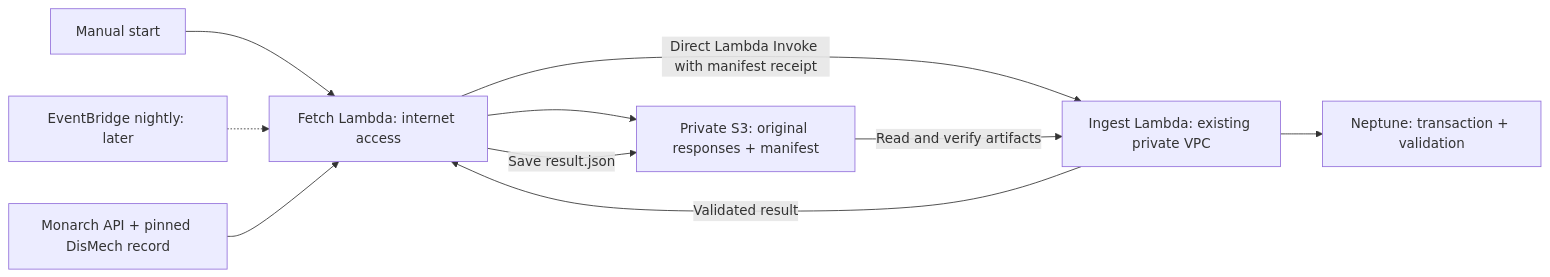
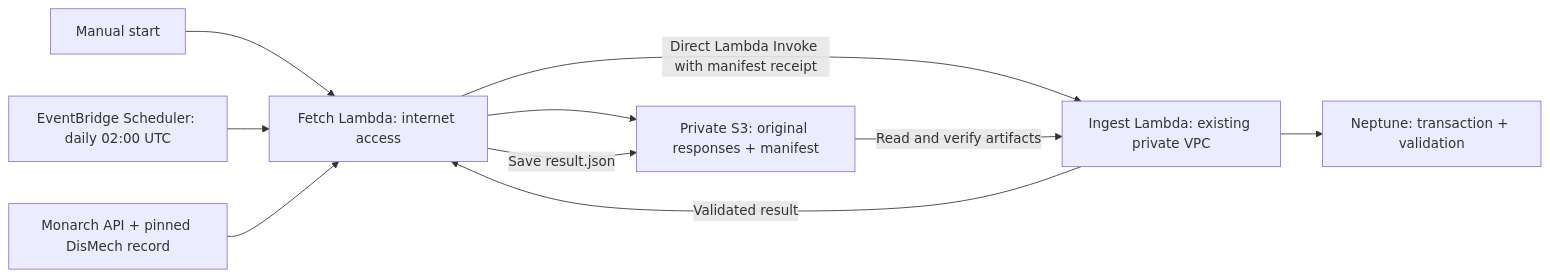
Before and after one commit to lhnminh/MMRF-KnowledgeGraph: the diagram in docs/source-pipeline.md, drawn with Mermaid. The commit also changed other lines of this file and 4 other files, not shown here.

Commit message:
add pipeline fron source to the graph

````diff
--- a/docs/source-pipeline.md
+++ b/docs/source-pipeline.md
@@ -7,12 +7,12 @@
 ```mermaid
 flowchart LR
     Manual[Manual start] --> Fetch[Fetch Lambda: internet access]
-    Later[EventBridge nightly: later] -.-> Fetch
+    Daily[EventBridge Scheduler: daily 02:00 UTC] --> Fetch
     Sources[Monarch API + pinned DisMech record] --> Fetch
     Fetch --> S3[Private S3: original responses + manifest]
     Fetch -->|Direct Lambda Invoke with manifest receipt| Ingest[Ingest Lambda: existing private VPC]
     S3 -->|Read and verify artifacts| Ingest
     Ingest --> Neptune[Neptune: transaction + validation]
     Ingest -->|Validated result| Fetch
     Fetch -->|Save result.json| S3
 ```
````
